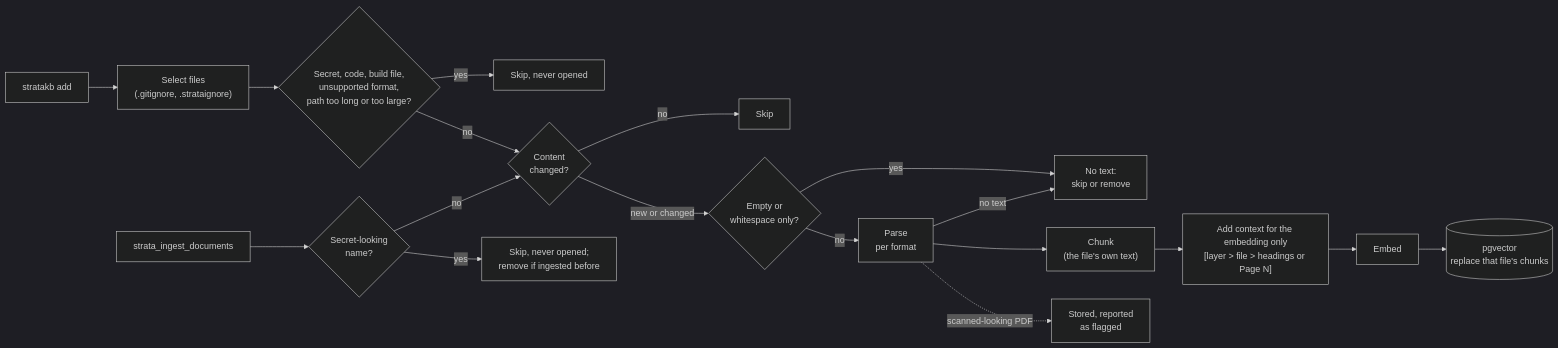
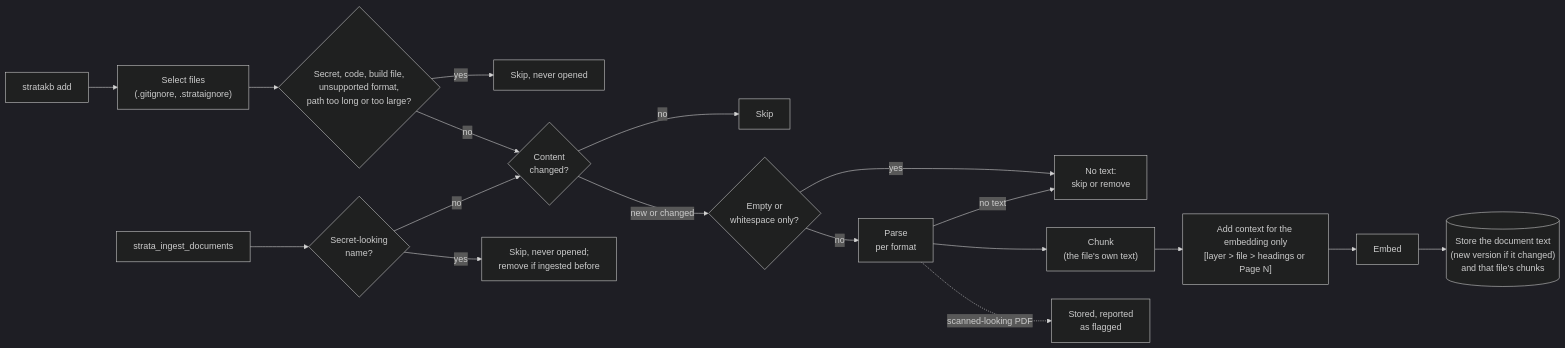
The fourth of 10 diagrams in README.md (boudou/StrataKB), drawn with Mermaid (dark theme) before and after one commit. The commit also changed other lines of this file and 7 other files, not shown here.

````diff
--- a/README.md
+++ b/README.md
@@ -116,16 +116,16 @@
 ```mermaid
 flowchart LR
     add["stratakb add"] --> sel["Select files<br/>(.gitignore, .strataignore)"] --> pol{"Secret, code, build file,<br/>unsupported format,<br/>path too long or too large?"}
     pol -->|"yes"| k["Skip, never opened"]
     pol -->|"no"| h
     f["strata_ingest_documents"] --> n{"Secret-looking<br/>name?"}
     n -->|"yes"| k2["Skip, never opened;<br/>remove if ingested before"]
     n -->|"no"| h{"Content<br/>changed?"}
     h -->|"no"| s["Skip"]
     h -->|"new or changed"| z{"Empty or<br/>whitespace only?"}
     z -->|"yes"| t["No text:<br/>skip or remove"]
     z -->|"no"| p["Parse<br/>per format"]
     p -->|"no text"| t
-    p --> c["Chunk<br/>(the file's own text)"] --> x["Add context for the embedding only<br/>[layer > file > headings or Page N]"] --> e["Embed"] --> v[("pgvector<br/>replace that file's chunks")]
+    p --> c["Chunk<br/>(the file's own text)"] --> x["Add context for the embedding only<br/>[layer > file > headings or Page N]"] --> e["Embed"] --> v[("Store the document text<br/>(new version if it changed)<br/>and that file's chunks")]
     p -.->|"scanned-looking PDF"| fl["Stored, reported<br/>as flagged"]
 ```
````
